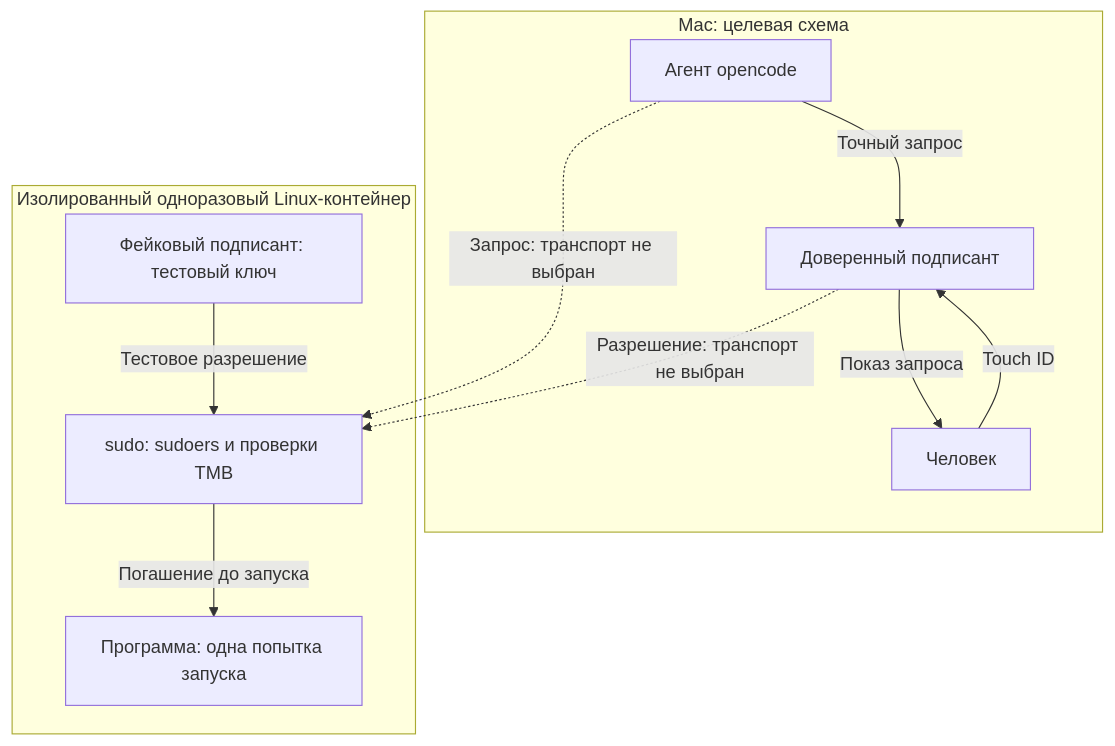
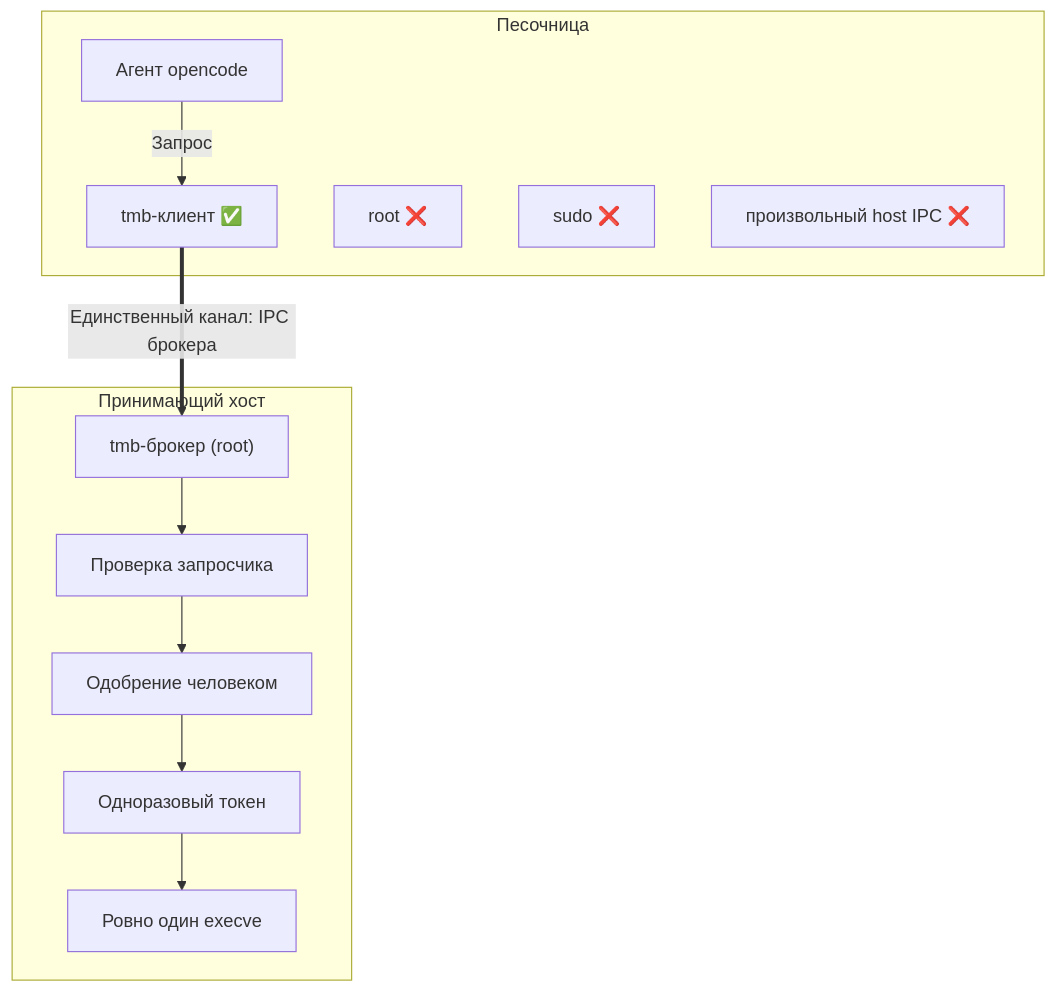
Before and after one commit to Vchekryzhov/tmb: the first of 2 diagrams in README.md, drawn with Mermaid. The commit also changed other lines of this file and 1 other file, not shown here.

Commit message:
README: broker architecture per ADR 0002; grill-results superseded

````diff
--- a/README.md
+++ b/README.md
@@ -17,20 +18,19 @@
 ```mermaid
 flowchart TB
-    subgraph MAC["Mac: целевая схема"]
+    subgraph SB["Песочница"]
         A["Агент opencode"]
-        S["Доверенный подписант"]
-        U["Человек"]
-        A -->|"Точный запрос"| S
-        S -->|"Показ запроса"| U
-        U -->|"Touch ID"| S
+        C["tmb-клиент ✅"]
+        A -->|"Запрос"| C
+        X1["root ❌"]
+        X2["sudo ❌"]
+        X3["произвольный host IPC ❌"]
     end
-    subgraph TEST["Изолированный одноразовый Linux-контейнер"]
-        F["Фейковый подписант: тестовый ключ"]
-        V["sudo: sudoers и проверки TMB"]
-        P["Программа: одна попытка запуска"]
-        F -->|"Тестовое разрешение"| V
-        V -->|"Погашение до запуска"| P
+    subgraph H["Принимающий хост"]
+        B["tmb-брокер (root)"]
+        B --> Q["Проверка запросчика"]
+        Q --> O["Одобрение человеком"]
+        O --> T["Одноразовый токен"]
+        T --> E["Ровно один execve"]
     end
-    A -.->|"Запрос: транспорт не выбран"| V
-    S -.->|"Разрешение: транспорт не выбран"| V
+    C ==>|"Единственный канал: IPC брокера"| B
 ```
````
